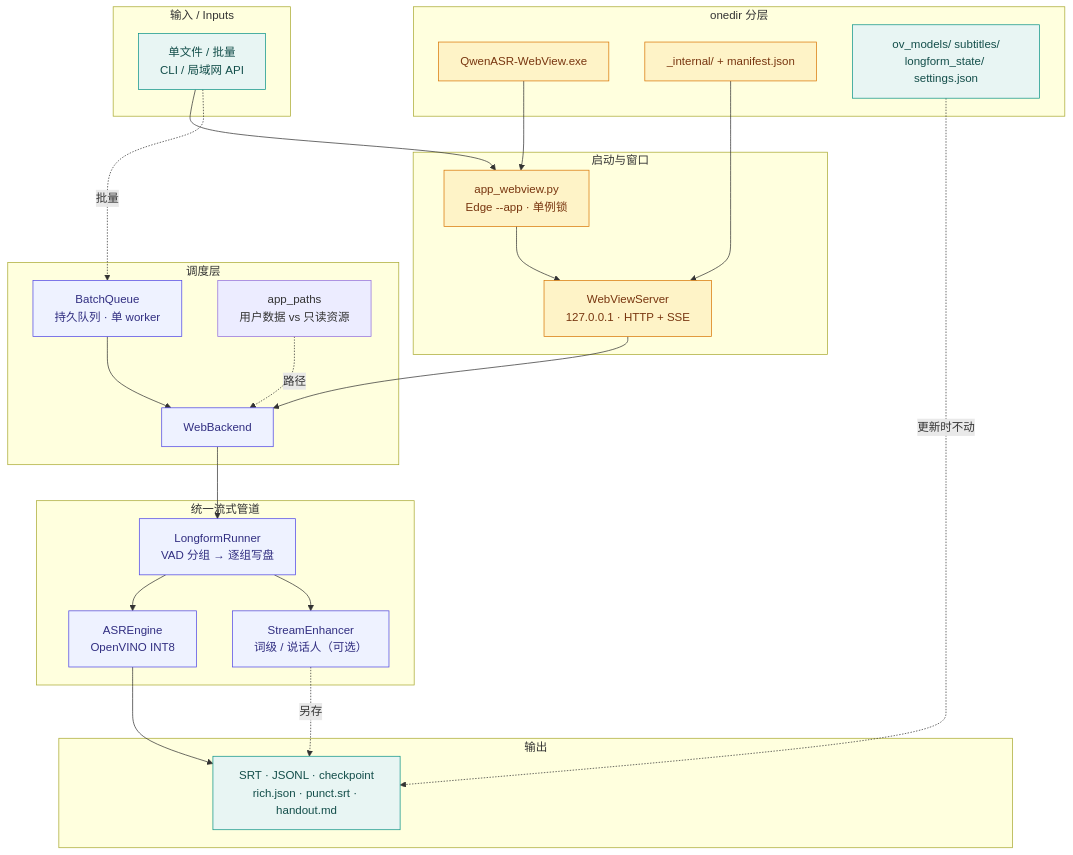
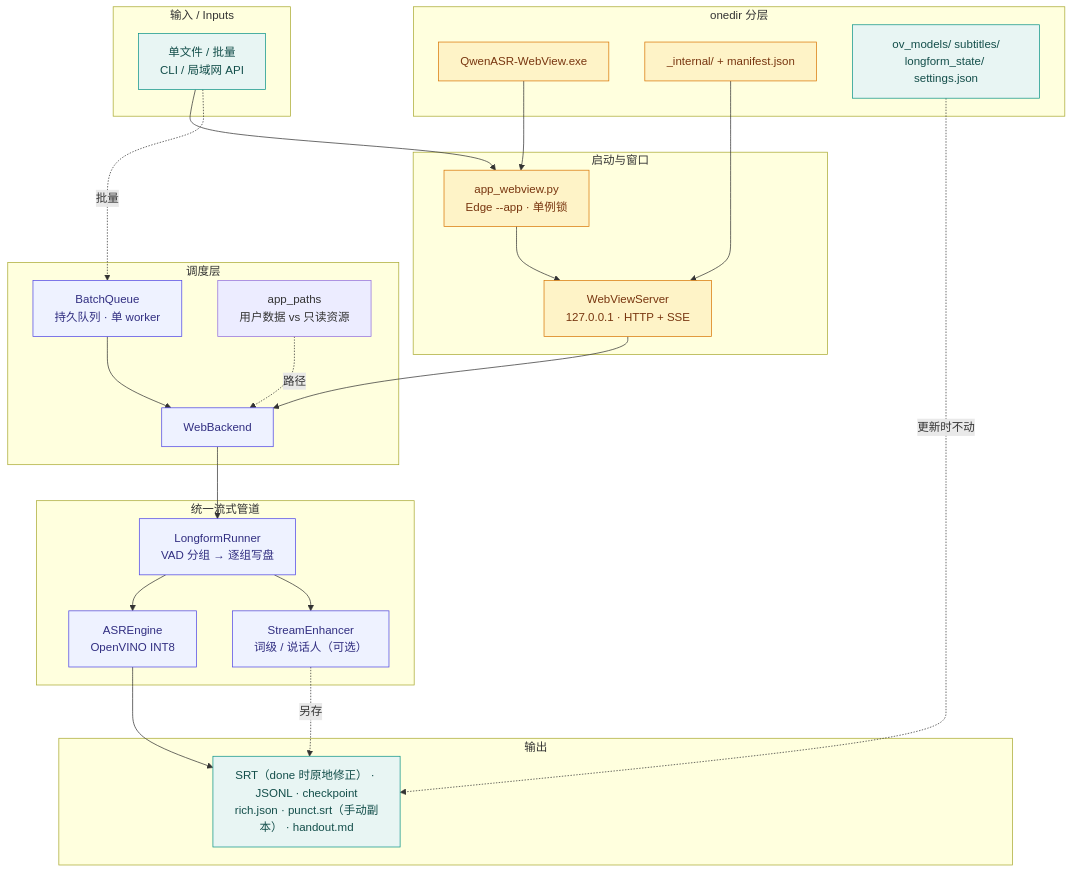
The diagram in docs/architecture.mmd (1-1-2/QwenASRGUI), drawn with Mermaid before and after one commit. The commit also changed 29 other files, not shown here.

```diff
--- a/docs/architecture.mmd
+++ b/docs/architecture.mmd
@@ -1,41 +1,41 @@
 flowchart TB
   subgraph IN["输入 / Inputs"]
     F["单文件 / 批量<br/>CLI / 局域网 API"]
   end
   subgraph APP["启动与窗口"]
     L["app_webview.py<br/>Edge --app · 单例锁"]
     S["WebViewServer<br/>127.0.0.1 · HTTP + SSE"]
   end
   subgraph CORE["调度层"]
     B["WebBackend"]
     Q["BatchQueue<br/>持久队列 · 单 worker"]
     P["app_paths<br/>用户数据 vs 只读资源"]
   end
   subgraph PIPE["统一流式管道"]
     R["LongformRunner<br/>VAD 分组 → 逐组写盘"]
     E["ASREngine<br/>OpenVINO INT8"]
     X["StreamEnhancer<br/>词级 / 说话人（可选）"]
   end
   subgraph OUT["输出"]
-    O["SRT · JSONL · checkpoint<br/>rich.json · punct.srt · handout.md"]
+    O["SRT（done 时原地修正） · JSONL · checkpoint<br/>rich.json · punct.srt（手动副本） · handout.md"]
   end
   subgraph LAYOUT["onedir 分层"]
     EXE["QwenASR-WebView.exe"]
     INT["_internal/ + manifest.json"]
     UD["ov_models/ subtitles/<br/>longform_state/ settings.json"]
   end
   F --> L --> S --> B
   F -. 批量 .-> Q --> B
   B --> R --> E --> O
   R --> X -. 另存 .-> O
   P -. 路径 .-> B
   EXE --> L
   INT --> S
   UD -. 更新时不动 .-> O
 
   classDef user fill:#e8f5f3,stroke:#0d9488,color:#134e4a;
   classDef core fill:#eef2ff,stroke:#4f46e5,color:#312e81;
   classDef io fill:#fef3c7,stroke:#d97706,color:#78350f;
   class F,O,UD user;
   class B,Q,R,E,X core;
   class L,S,EXE,INT io;
```
